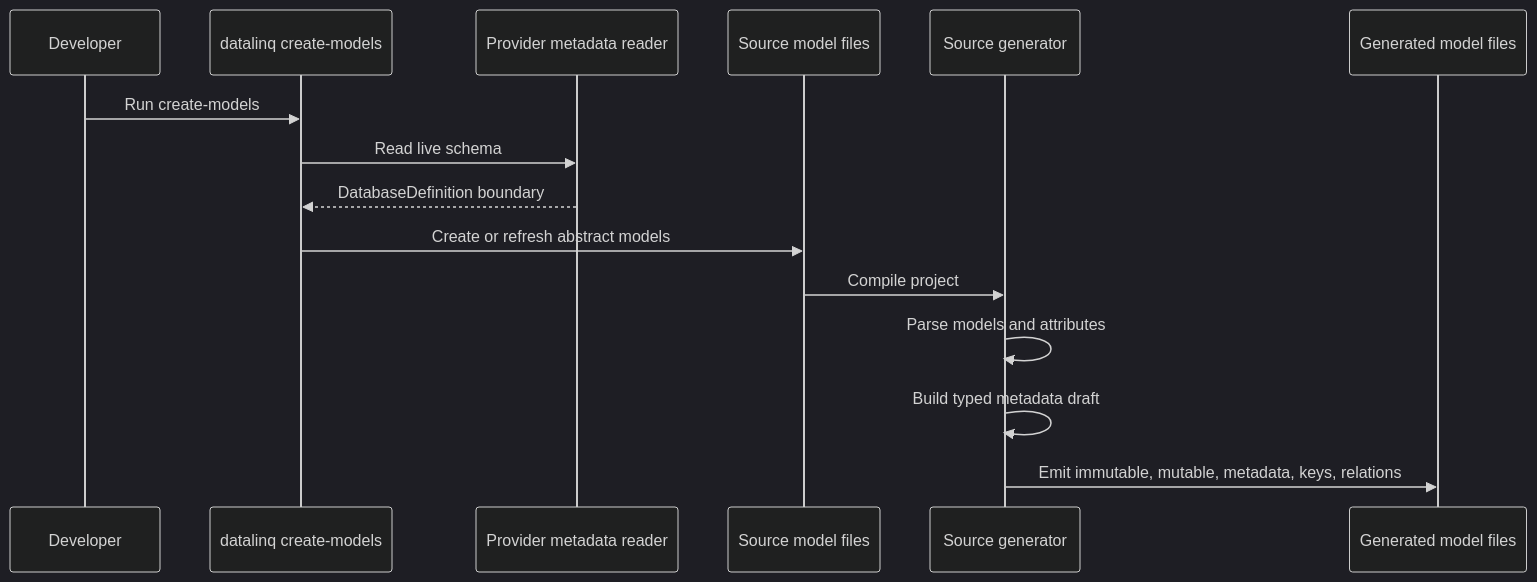
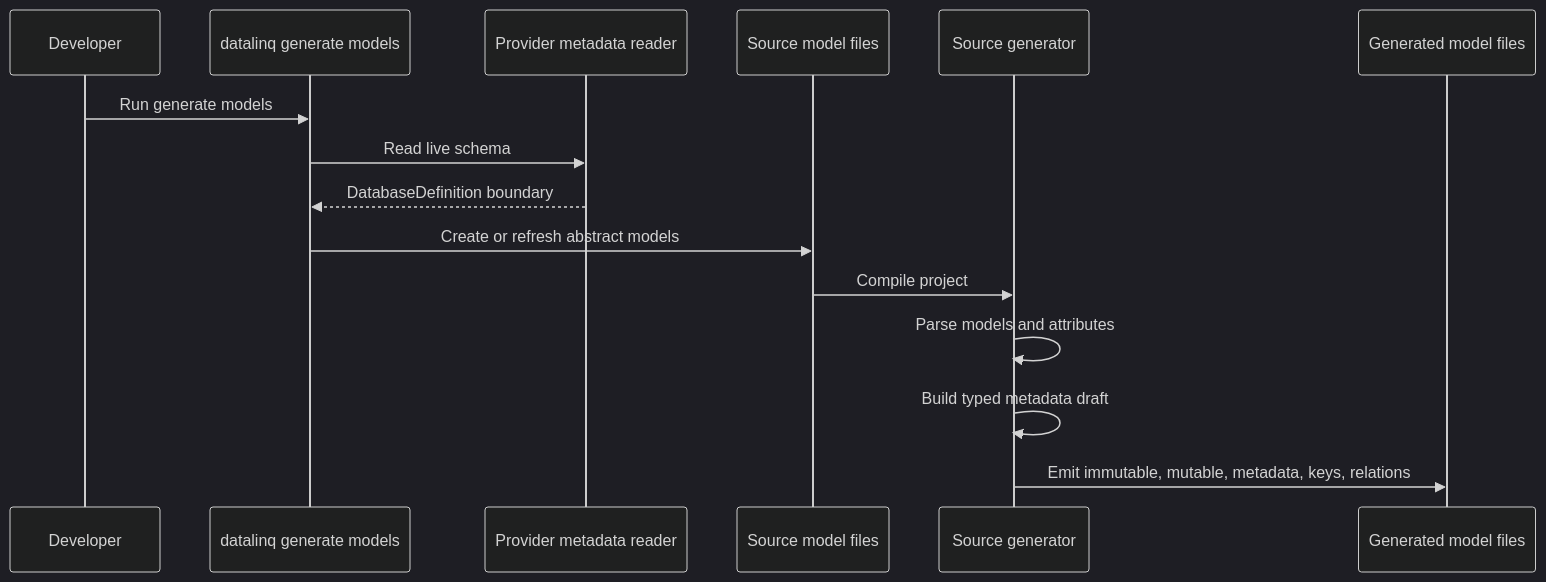
The second of 10 diagrams in docs/internals/Data Flow.md (bazer/DataLinq), drawn with Mermaid (dark theme) before and after one commit. The commit also changed 16 other files, not shown here.

````diff
--- a/docs/internals/Data Flow.md
+++ b/docs/internals/Data Flow.md
@@ -40,18 +40,18 @@
 ```mermaid
 sequenceDiagram
     participant Dev as Developer
-    participant CLI as datalinq create-models
+    participant CLI as datalinq generate models
     participant Provider as Provider metadata reader
     participant Models as Source model files
     participant Generator as Source generator
     participant Output as Generated model files
 
-    Dev->>CLI: Run create-models
+    Dev->>CLI: Run generate models
     CLI->>Provider: Read live schema
     Provider-->>CLI: DatabaseDefinition boundary
     CLI->>Models: Create or refresh abstract models
     Models->>Generator: Compile project
     Generator->>Generator: Parse models and attributes
     Generator->>Generator: Build typed metadata draft
     Generator->>Output: Emit immutable, mutable, metadata, keys, relations
 ```
````
